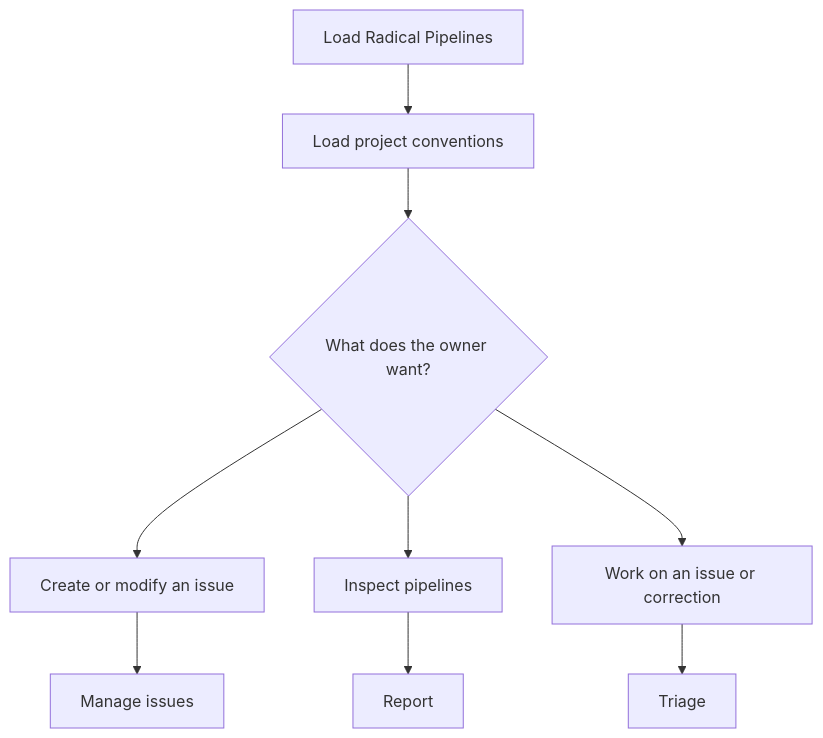
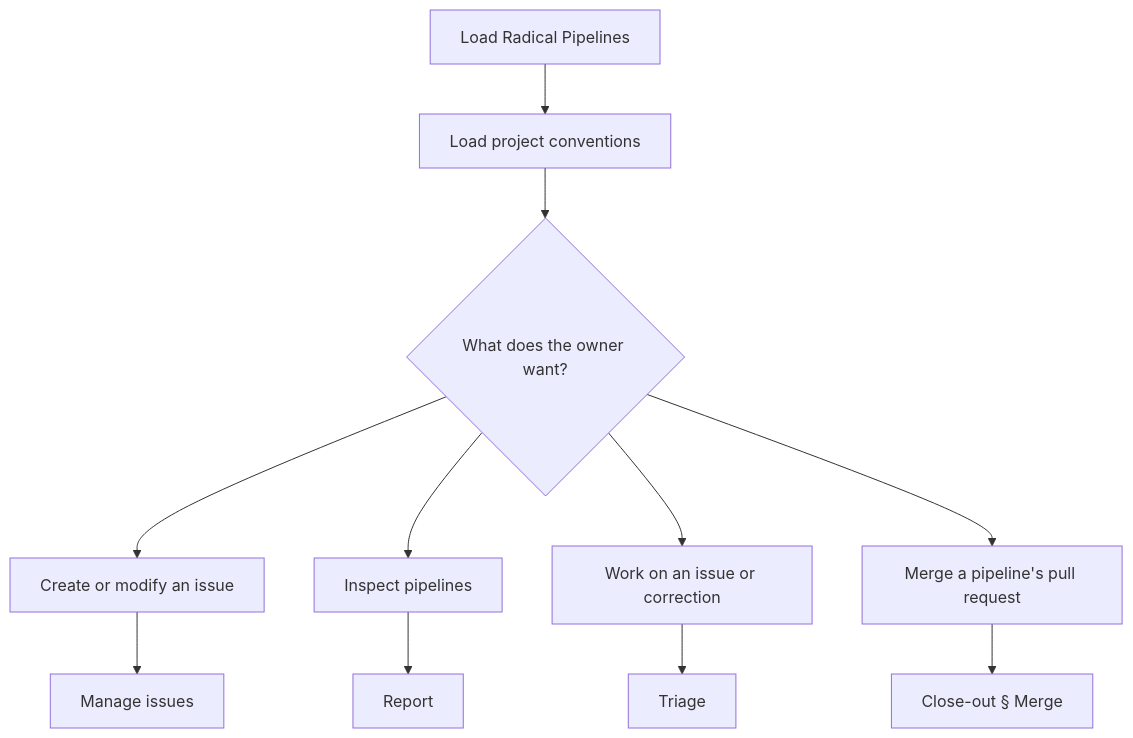
The diagram in docs/flowcharts/entry.md (Automattic/radical-pipelines), drawn with Mermaid before and after one commit. The commit also changed 38 other files, not shown here.

````diff
--- a/docs/flowcharts/entry.md
+++ b/docs/flowcharts/entry.md
@@ -5,11 +5,13 @@
 ```mermaid
 flowchart TD
     A["Load Radical Pipelines"] --> B["Load project conventions"]
     B --> C{"What does the owner want?"}
     C --> D["Create or modify an issue"]
     C --> E["Inspect pipelines"]
     C --> F["Work on an issue or correction"]
+    C --> M["Merge a pipeline's pull request"]
     D --> G["Manage issues"]
     E --> H["Report"]
     F --> I["Triage"]
+    M --> N["Close-out § Merge"]
 ```
````
